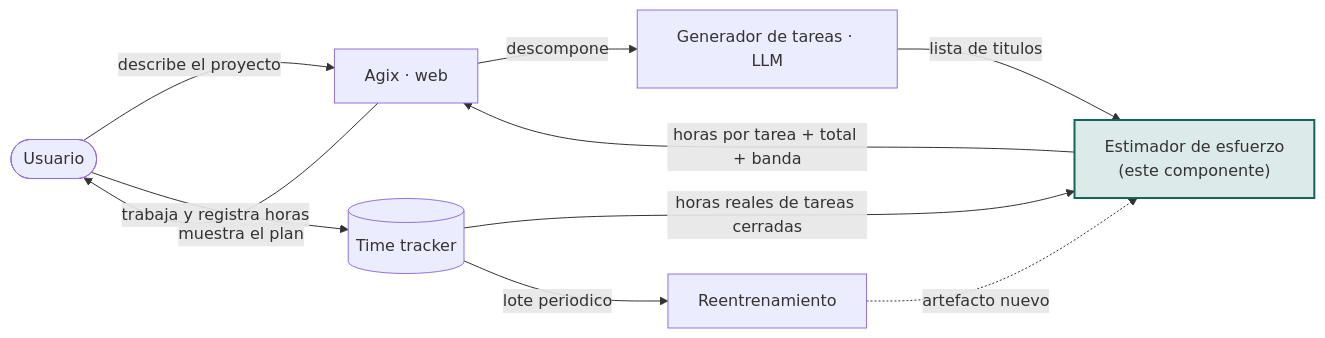
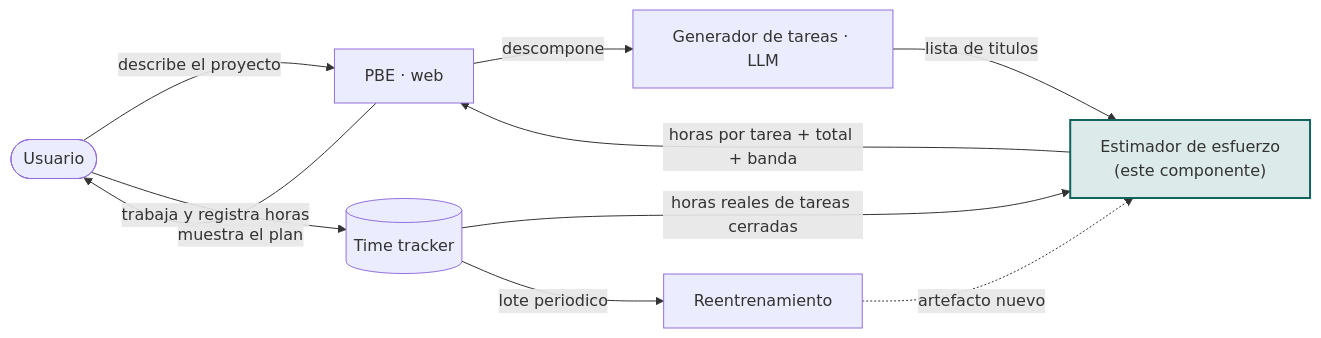
The seventh of 15 diagrams in estimador/DISENO_PIPELINE.md (DTomasVr/Estimacion-progresiva-backlog), drawn with Mermaid before and after one commit. The commit also changed other lines of this file and 437 other files, not shown here.

````diff
--- a/estimador/DISENO_PIPELINE.md
+++ b/estimador/DISENO_PIPELINE.md
@@ -885,13 +885,13 @@
 ```mermaid
 flowchart LR
-    U(["Usuario"]) -->|describe el proyecto| A["Agix · web"]
+    U(["Usuario"]) -->|describe el proyecto| A["PBE · web"]
     A -->|descompone| L["Generador de tareas · LLM"]
     L -->|lista de titulos| E["Estimador de esfuerzo<br/>(este componente)"]
     E -->|horas por tarea + total + banda| A
     A -->|muestra el plan| U
     U -->|trabaja y registra horas| T[("Time tracker")]
     T -->|horas reales de tareas cerradas| E
     T -->|lote periodico| R["Reentrenamiento"]
     R -.->|artefacto nuevo| E
     style E fill:#dcebe9,stroke:#12645d,stroke-width:2px
 ```
````
